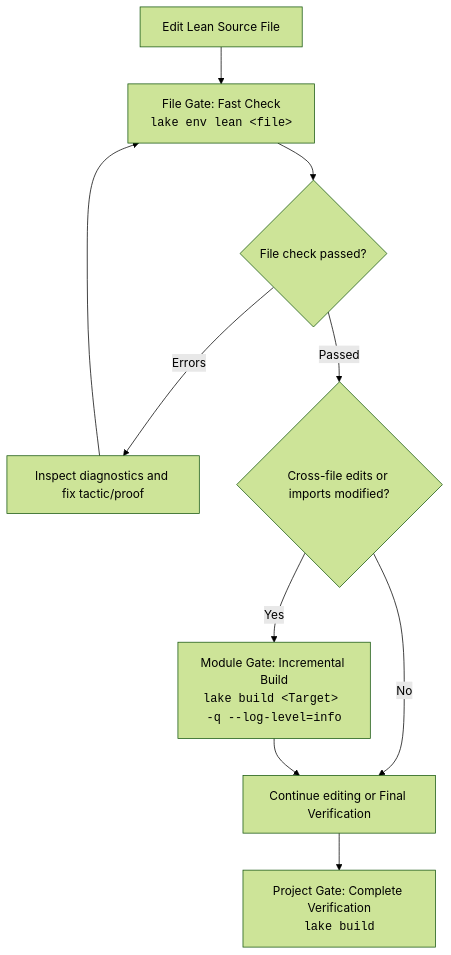
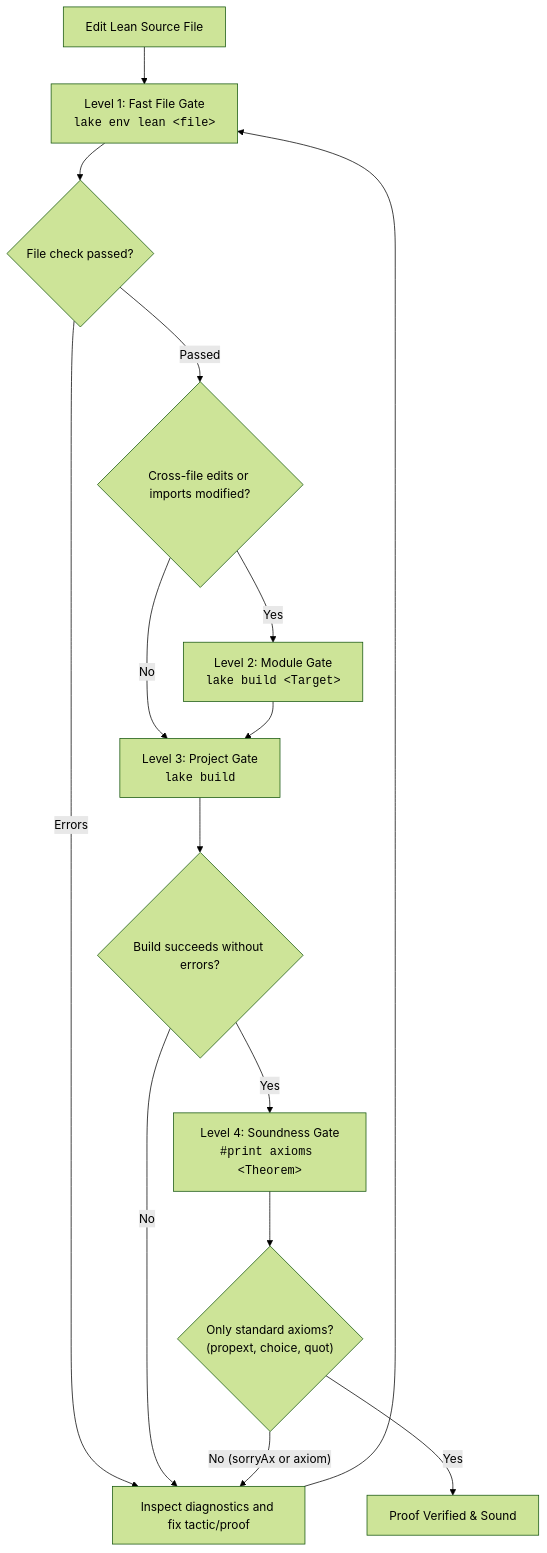
The diagram in skills/lean4-cli/SKILL.md (MI-1222/lean4-skills), drawn with Mermaid (forest theme) before and after one commit. The commit also changed other lines of this file and 1 other file, not shown here.

````diff
--- a/skills/lean4-cli/SKILL.md
+++ b/skills/lean4-cli/SKILL.md
@@ -83,12 +84,17 @@
 ```mermaid
 graph TD
-    A["Edit Lean Source File"] --> B["File Gate: Fast Check<br/><code>lake env lean &lt;file&gt;</code>"]
+    A["Edit Lean Source File"] --> B["Level 1: Fast File Gate<br/><code>lake env lean &lt;file&gt;</code>"]
     B --> C{"File check passed?"}
     C -- "Errors" --> D["Inspect diagnostics and fix tactic/proof"]
     D --> B
     C -- "Passed" --> E{"Cross-file edits or imports modified?"}
-    E -- "Yes" --> F["Module Gate: Incremental Build<br/><code>lake build &lt;Target&gt; -q --log-level=info</code>"]
-    E -- "No" --> G["Continue editing or Final Verification"]
+    E -- "Yes" --> F["Level 2: Module Gate<br/><code>lake build &lt;Target&gt;</code>"]
+    E -- "No" --> G["Level 3: Project Gate<br/><code>lake build</code>"]
     F --> G
-    G --> H["Project Gate: Complete Verification<br/><code>lake build</code>"]
+    G --> H{"Build succeeds without errors?"}
+    H -- "Yes" --> I["Level 4: Soundness Gate<br/><code>#print axioms &lt;Theorem&gt;</code>"]
+    H -- "No" --> D
+    I --> J{"Only standard axioms?<br/>(propext, choice, quot)"}
+    J -- "No (sorryAx or axiom)" --> D
+    J -- "Yes" --> K["Proof Verified & Sound"]
 ```
````
